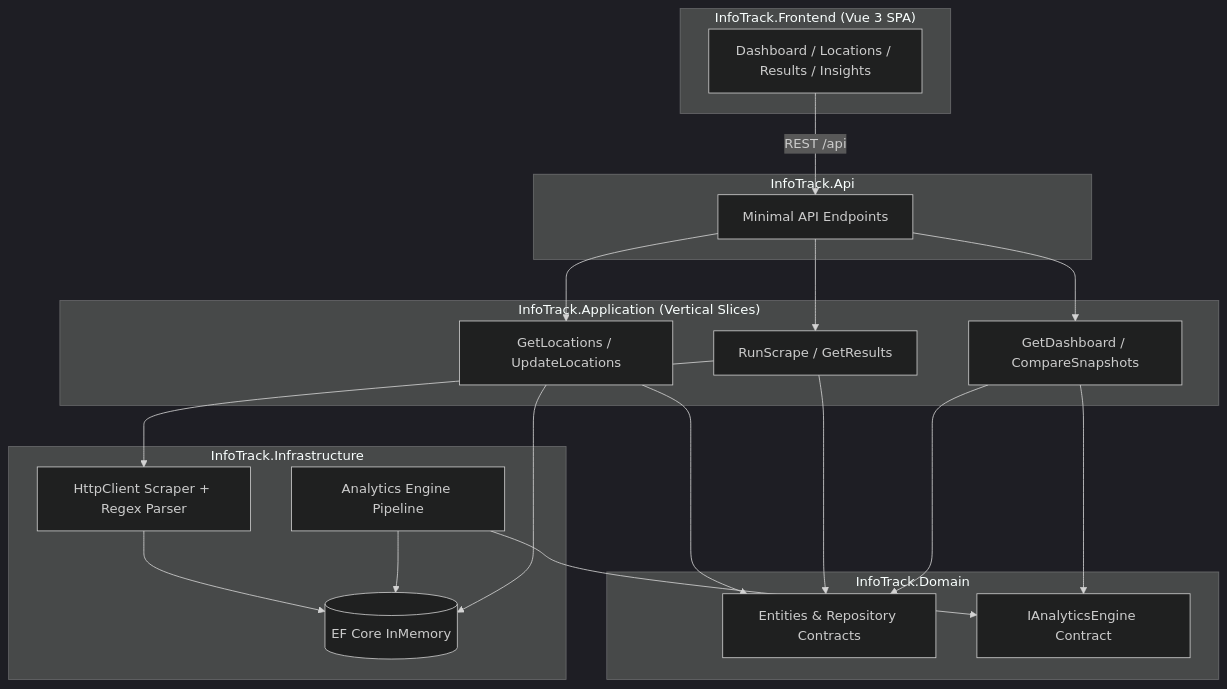
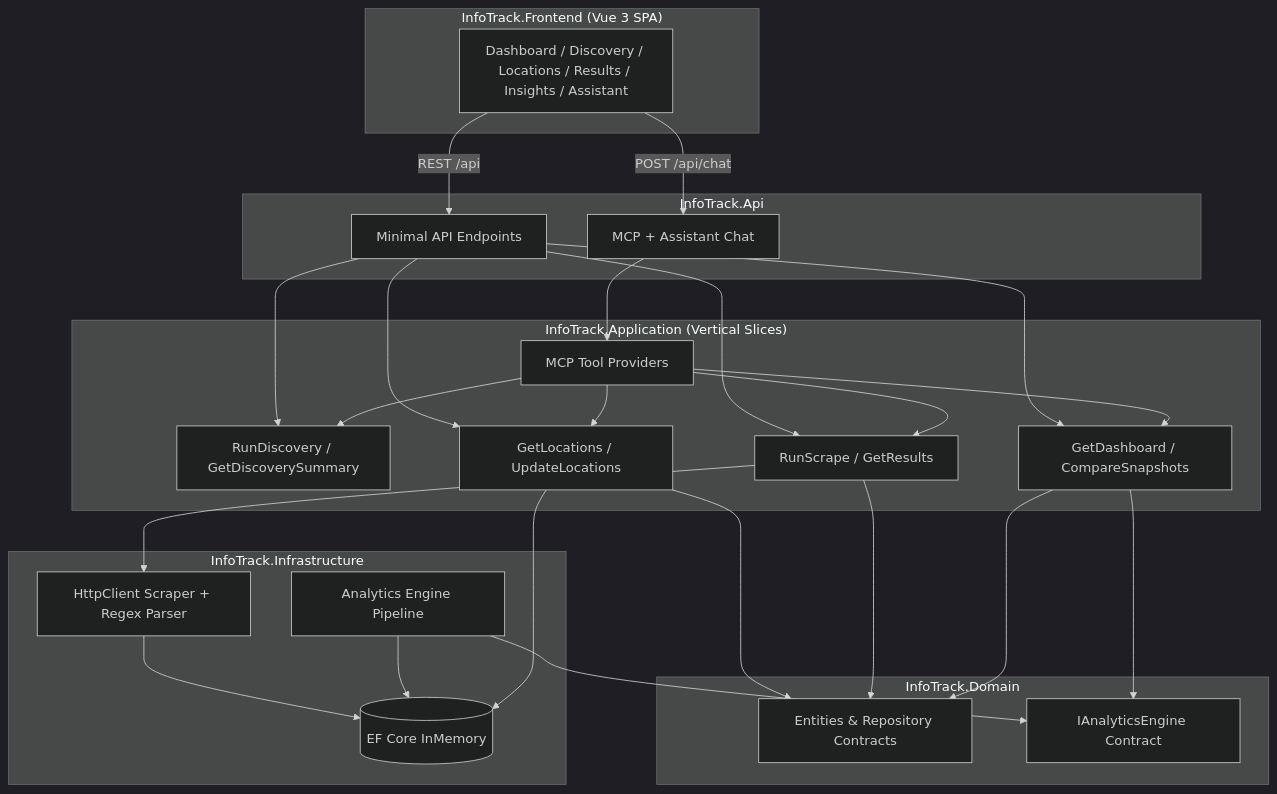
One commit to keithtmccartney/turbo-invention changed the diagram in InfoTrack/README.md. Above: the diagram before and after it, drawn with Mermaid (dark theme). The commit also changed other lines of this file and 11 other files, not shown here.

First line of the commit message:
Refactor InfoTrack API to integrate Local LLM and enhance Assistant features

````diff
--- a/InfoTrack/README.md
+++ b/InfoTrack/README.md
@@ -7,37 +7,43 @@
 ```mermaid
 flowchart TB
     subgraph Frontend["InfoTrack.Frontend (Vue 3 SPA)"]
-        UI[Dashboard / Locations / Results / Insights]
+        UI[Dashboard / Discovery / Locations / Results / Insights / Assistant]
     end
 
     subgraph Api["InfoTrack.Api"]
         EP[Minimal API Endpoints]
+        MCP[MCP + Assistant Chat]
     end
 
     subgraph Application["InfoTrack.Application (Vertical Slices)"]
+        D1[RunDiscovery / GetDiscoverySummary]
         L1[GetLocations / UpdateLocations]
         S1[RunScrape / GetResults]
         I1[GetDashboard / CompareSnapshots]
+        T1[MCP Tool Providers]
     end
 
     subgraph Domain["InfoTrack.Domain"]
         ENT[Entities & Repository Contracts]
         ANA[IAnalyticsEngine Contract]
     end
 
     subgraph Infrastructure["InfoTrack.Infrastructure"]
         DB[(EF Core InMemory)]
         SCR[HttpClient Scraper + Regex Parser]
         ENG[Analytics Engine Pipeline]
     end
 
     UI -->|REST /api| EP
-    EP --> L1 & S1 & I1
+    UI -->|POST /api/chat| MCP
+    EP --> D1 & L1 & S1 & I1
+    MCP --> T1
+    T1 --> D1 & L1 & S1 & I1
     L1 & S1 & I1 --> ENT
     S1 --> SCR
     I1 --> ANA
     SCR --> DB
     ENG --> ANA
     ENG --> DB
     L1 --> DB
 ```
````
